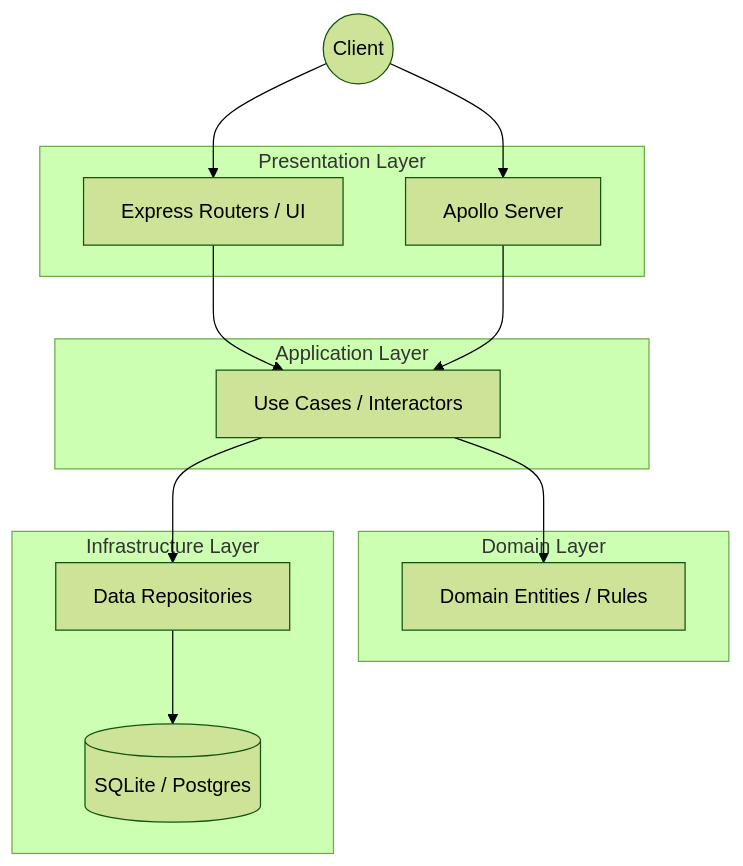
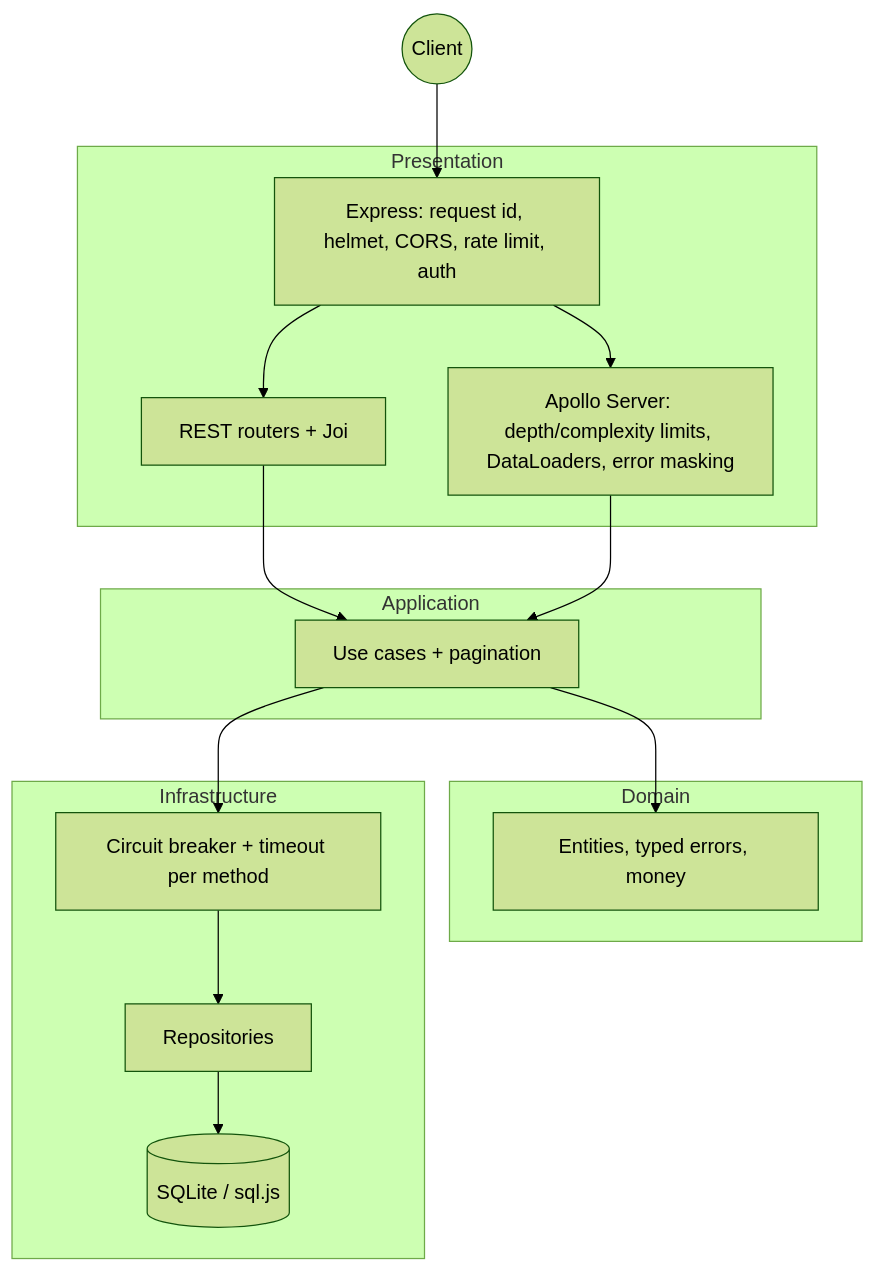
Before and after one commit to codebyjuliamendes/cloud-native-graphql-gateway: the diagram in README.md, drawn with Mermaid (forest theme). The commit also changed other lines of this file and 1 other file, not shown here.

````diff
--- a/README.md
+++ b/README.md
@@ -33,30 +119,24 @@
 ```mermaid
 graph TD
     Client((Client))
-    
-    subgraph Presentation Layer
-    Router[Express Routers / UI]
-    GQL[Apollo Server]
+    subgraph Presentation
+      HTTP[Express: request id, helmet, CORS, rate limit, auth]
+      REST[REST routers + Joi]
+      GQL[Apollo Server: depth/complexity limits, DataLoaders, error masking]
     end
-    
-    subgraph Application Layer
-    UseCases[Use Cases / Interactors]
+    subgraph Application
+      UC[Use cases + pagination]
     end
-    
-    subgraph Domain Layer
-    Entities[Domain Entities / Rules]
+    subgraph Domain
+      E[Entities, typed errors, money]
     end
-    
-    subgraph Infrastructure Layer
-    DB[(SQLite / Postgres)]
-    Repos[Data Repositories]
+    subgraph Infrastructure
+      R[Circuit breaker + timeout per method]
+      Repo[Repositories]
+      DB[(SQLite / sql.js)]
     end
-    
-    Client --> Router
-    Client --> GQL
-    Router --> UseCases
-    GQL --> UseCases
-    UseCases --> Entities
-    UseCases --> Repos
-    Repos --> DB
+    Client --> HTTP --> REST --> UC
+    HTTP --> GQL --> UC
+    UC --> E
+    UC --> R --> Repo --> DB
 ```
````
